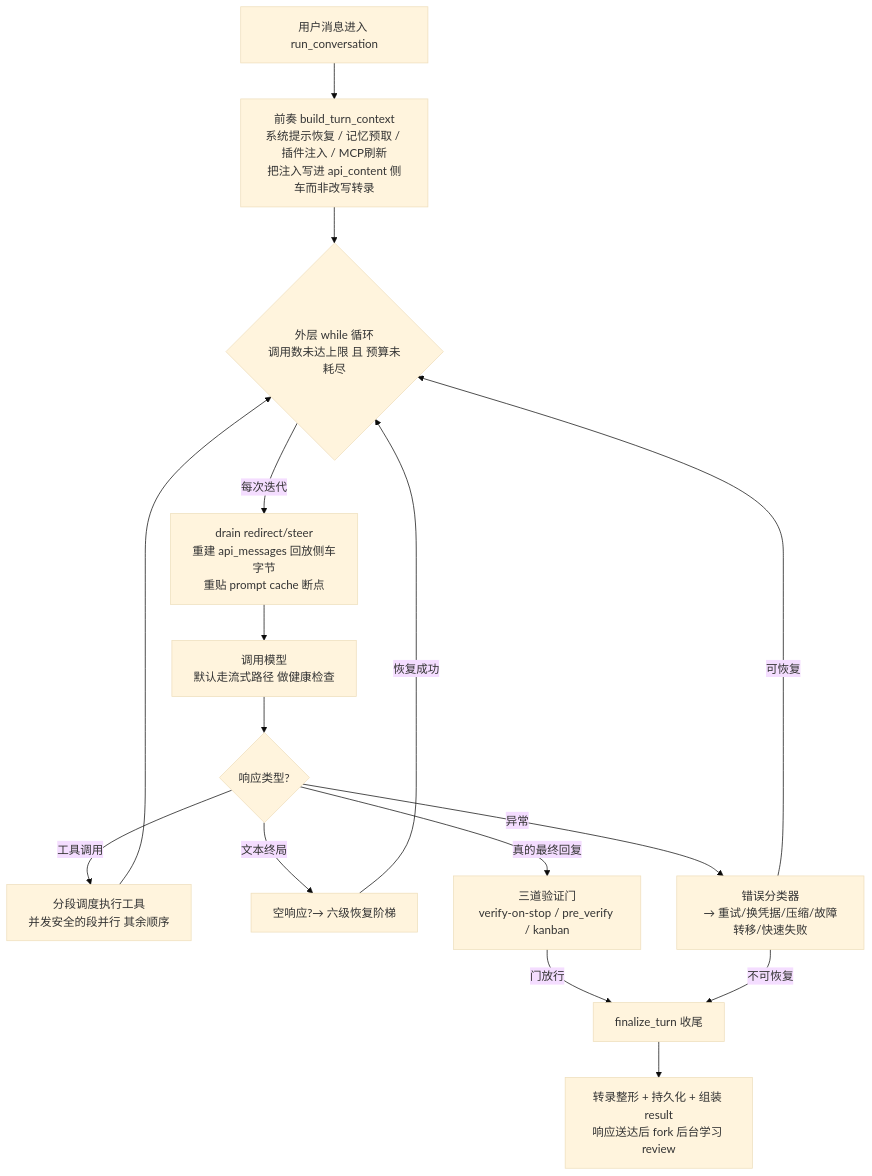
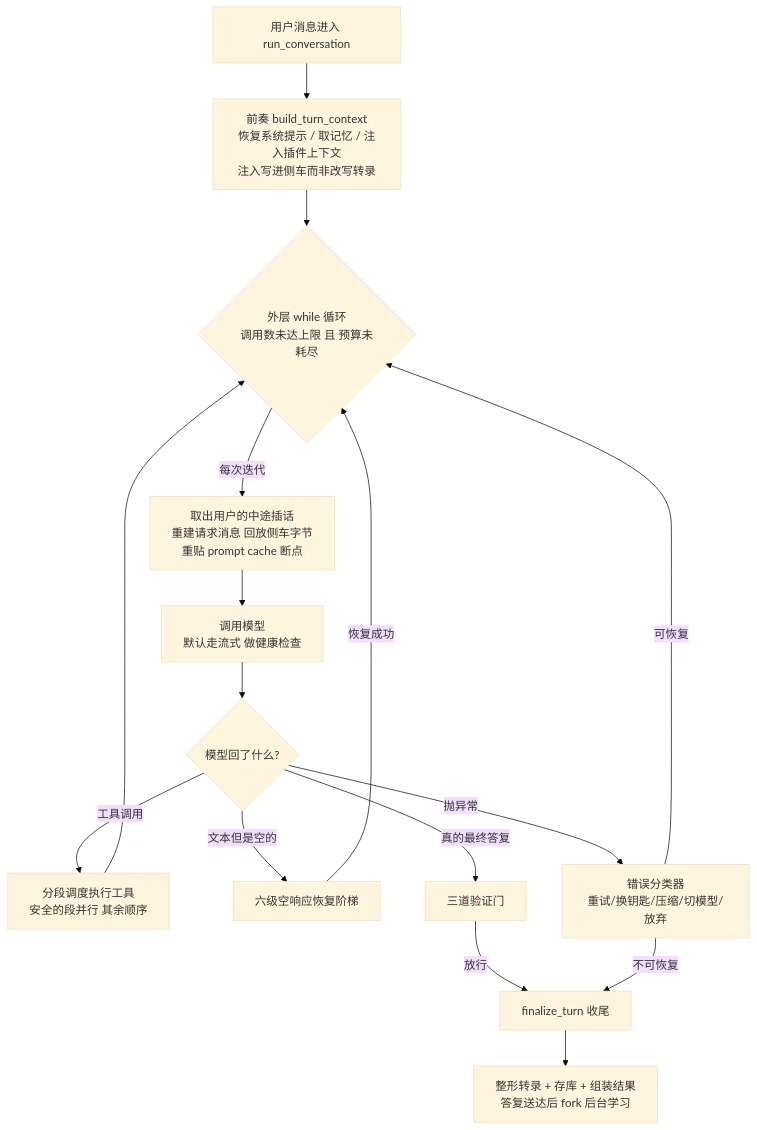
One commit to BillBeam/hermes-study changed the first of 5 diagrams in chapters/r2-turn-loop-and-model-access.md. Above: the diagram before and after it, drawn with Mermaid (base theme). The commit also changed other lines of this file, not shown here.

````diff
--- a/chapters/r2-turn-loop-and-model-access.md
+++ b/chapters/r2-turn-loop-and-model-access.md
@@ -36,18 +66,18 @@
 ```mermaid
 flowchart TD
-    A[用户消息进入 run_conversation] --> B[前奏 build_turn_context<br/>系统提示恢复 / 记忆预取 / 插件注入 / MCP刷新<br/>把注入写进 api_content 侧车而非改写转录]
+    A[用户消息进入 run_conversation] --> B[前奏 build_turn_context<br/>恢复系统提示 / 取记忆 / 注入插件上下文<br/>注入写进侧车而非改写转录]
     B --> C{外层 while 循环<br/>调用数未达上限 且 预算未耗尽}
-    C -->|每次迭代| D[drain redirect/steer<br/>重建 api_messages 回放侧车字节<br/>重贴 prompt cache 断点]
-    D --> E[调用模型<br/>默认走流式路径 做健康检查]
-    E --> F{响应类型?}
-    F -->|工具调用| G[分段调度执行工具<br/>并发安全的段并行 其余顺序]
+    C -->|每次迭代| D[取出用户的中途插话<br/>重建请求消息 回放侧车字节<br/>重贴 prompt cache 断点]
+    D --> E[调用模型<br/>默认走流式 做健康检查]
+    E --> F{模型回了什么?}
+    F -->|工具调用| G[分段调度执行工具<br/>安全的段并行 其余顺序]
     G --> C
-    F -->|文本终局| H[空响应?→ 六级恢复阶梯]
+    F -->|文本但是空的| H[六级空响应恢复阶梯]
     H -->|恢复成功| C
-    F -->|异常| I[错误分类器<br/>→ 重试/换凭据/压缩/故障转移/快速失败]
+    F -->|抛异常| I[错误分类器<br/>重试/换钥匙/压缩/切模型/放弃]
     I -->|可恢复| C
-    F -->|真的最终回复| J[三道验证门<br/>verify-on-stop / pre_verify / kanban]
-    J -->|门放行| K[finalize_turn 收尾]
+    F -->|真的最终答复| J[三道验证门]
+    J -->|放行| K[finalize_turn 收尾]
     I -->|不可恢复| K
-    K --> L[转录整形 + 持久化 + 组装 result<br/>响应送达后 fork 后台学习 review]
+    K --> L[整形转录 + 存库 + 组装结果<br/>答复送达后 fork 后台学习]
 ```
````
